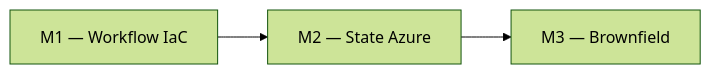
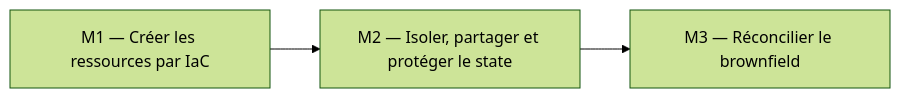
The first of 10 diagrams in courses/day-01/module-02-state-management/course.md (msellamiTN/Snowflake-terraform), drawn with Mermaid (forest theme) before and after one commit. The commit also changed other lines of this file and 34 other files, not shown here.

````diff
--- a/courses/day-01/module-02-state-management/course.md
+++ b/courses/day-01/module-02-state-management/course.md
@@ -9,5 +28,5 @@
 ```mermaid
 flowchart LR
-    M1[M1 — Workflow IaC] --> M2[M2 — State Azure]
-    M2 --> M3[M3 — Brownfield]
+    M1["M1 — Créer les ressources par IaC"] --> M2["M2 — Isoler, partager et protéger le state"]
+    M2 --> M3["M3 — Réconcilier le brownfield"]
 ```
````
